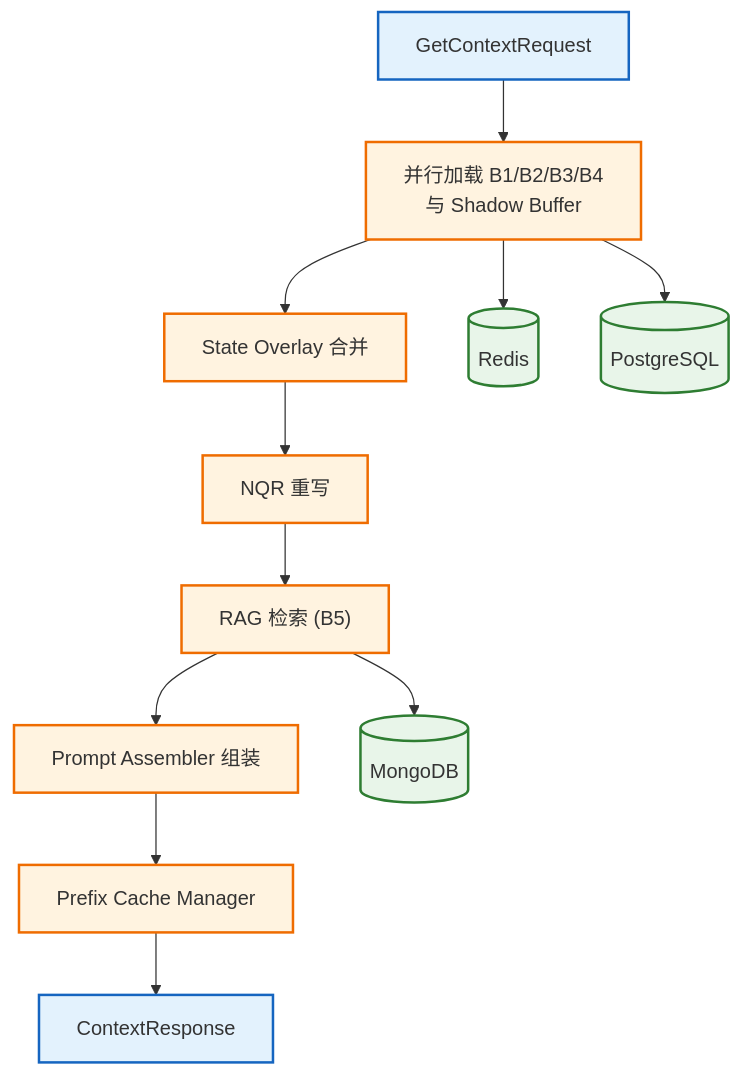
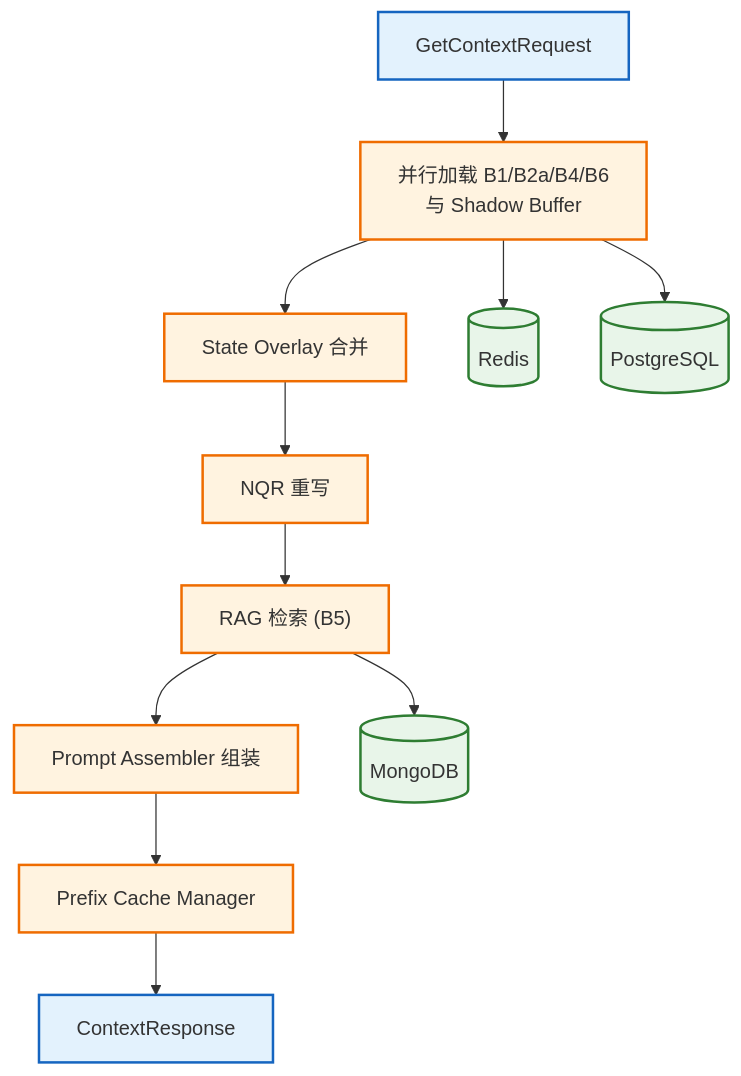
Diagram 16 of 38 in discussions/ContextManagerV6.md (D15190304050/generic-agent), drawn with Mermaid before and after one commit. The commit also changed other lines of this file, not shown here.

````diff
--- a/discussions/ContextManagerV6.md
+++ b/discussions/ContextManagerV6.md
@@ -1968,23 +2055,23 @@
 ```mermaid
 flowchart TB
     classDef input fill:#e3f2fd,stroke:#1565c0,stroke-width:2px;
     classDef process fill:#fff3e0,stroke:#ef6c00,stroke-width:2px;
     classDef store fill:#e8f5e9,stroke:#2e7d32,stroke-width:2px;
 
     Req["GetContextRequest"]:::input
-    Load["并行加载 B1/B2/B3/B4<br/>与 Shadow Buffer"]:::process
+    Load["并行加载 B1/B2a/B4/B6<br/>与 Shadow Buffer"]:::process
     Overlay["State Overlay 合并"]:::process
     Rewrite["NQR 重写"]:::process
     Search["RAG 检索 (B5)"]:::process
     Assemble["Prompt Assembler 组装"]:::process
     Prefix["Prefix Cache Manager"]:::process
     Resp["ContextResponse"]:::input
     Redis[("Redis")]:::store
     PG[("PostgreSQL")]:::store
     Mongo[("MongoDB")]:::store
 
     Req --> Load --> Overlay --> Rewrite --> Search --> Assemble --> Prefix --> Resp
     Load --> Redis
     Load --> PG
     Search --> Mongo
 ```
````
